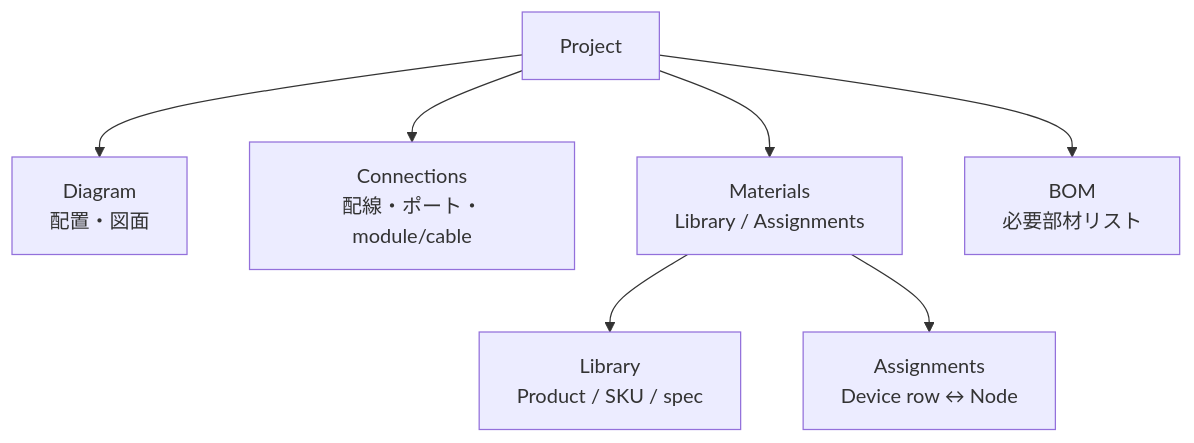
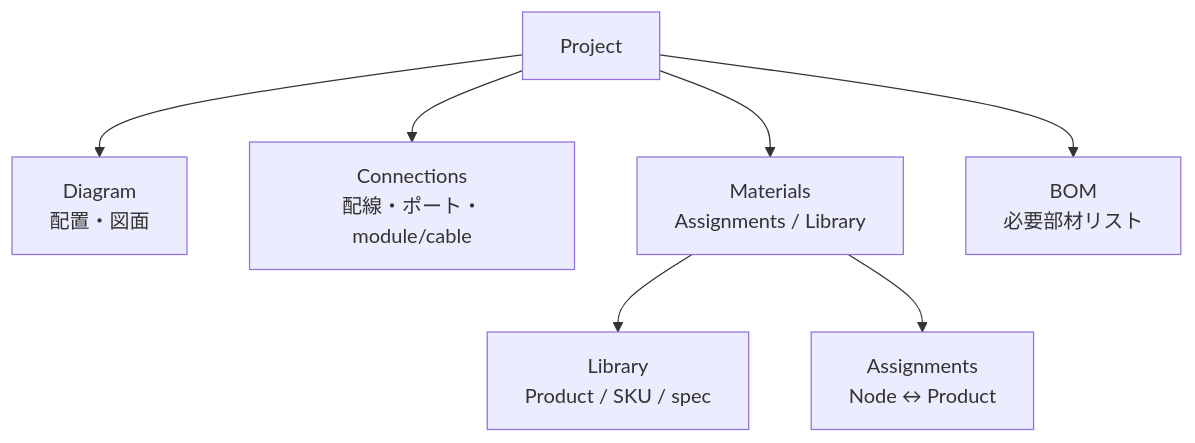
The sixth of 11 diagrams in apps/editor/docs/project-workflow-model.md (konoe-akitoshi/shumoku), drawn with Mermaid before and after one commit. The commit also changed other lines of this file and 1 other file, not shown here.

Commit message:
feat(editor): make materials assignments node-first

````diff
--- a/apps/editor/docs/project-workflow-model.md
+++ b/apps/editor/docs/project-workflow-model.md
@@ -155,17 +155,17 @@
 ```mermaid
 flowchart TB
   Project[Project]
   Diagram[Diagram<br/>配置・図面]
   Connections[Connections<br/>配線・ポート・module/cable]
-  Materials[Materials<br/>Library / Assignments]
+  Materials[Materials<br/>Assignments / Library]
+  Assignments[Assignments<br/>Node ↔ Product]
   Library[Library<br/>Product / SKU / spec]
-  Assignments[Assignments<br/>Device row ↔ Node]
   BOM[BOM<br/>必要部材リスト]
 
   Project --> Diagram
   Project --> Connections
   Project --> Materials
   Project --> BOM
   Materials --> Library
   Materials --> Assignments
 ```
````
